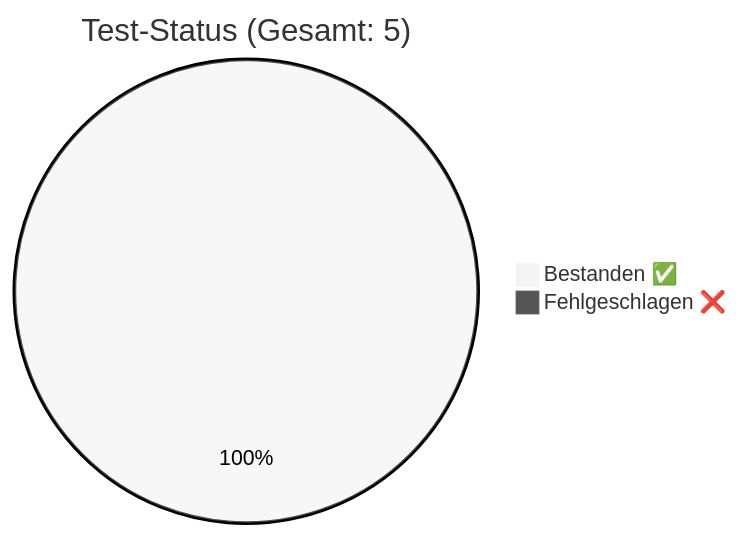
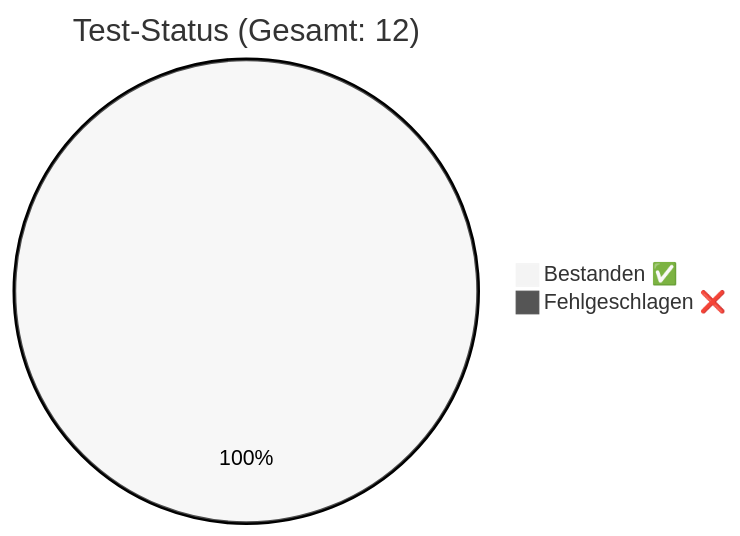
One commit to rorila/GCS changed the diagram in docs/QA_Report.md. Above: the diagram before and after it, drawn with Mermaid (neutral theme). The commit also changed other lines of this file and 33 other files, not shown here.

````diff
--- a/docs/QA_Report.md
+++ b/docs/QA_Report.md
@@ -7,5 +7,5 @@
 ```mermaid
-pie title Test-Status (Gesamt: 5)
-    "Bestanden ✅" : 5
+pie title Test-Status (Gesamt: 12)
+    "Bestanden ✅" : 12
     "Fehlgeschlagen ❌" : 0
 ```
````
